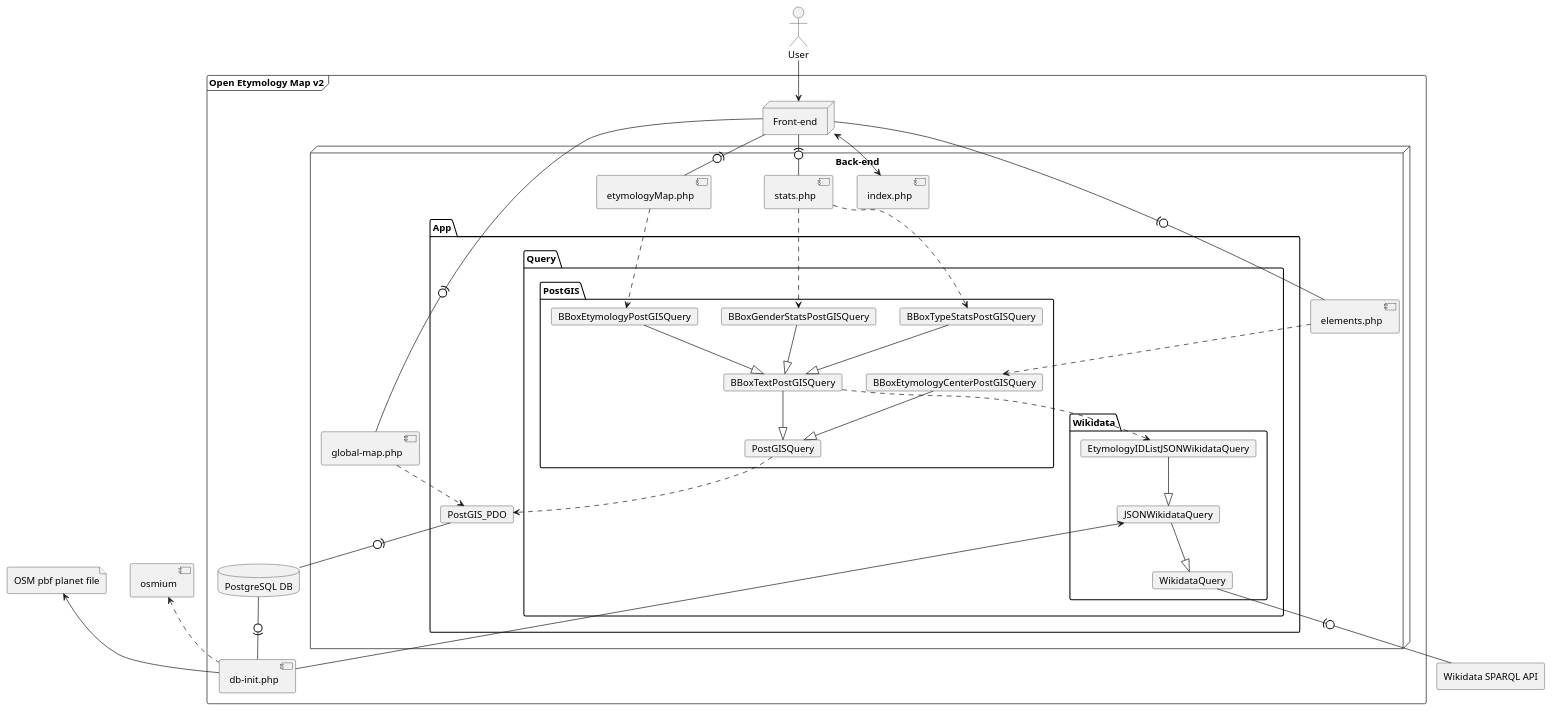
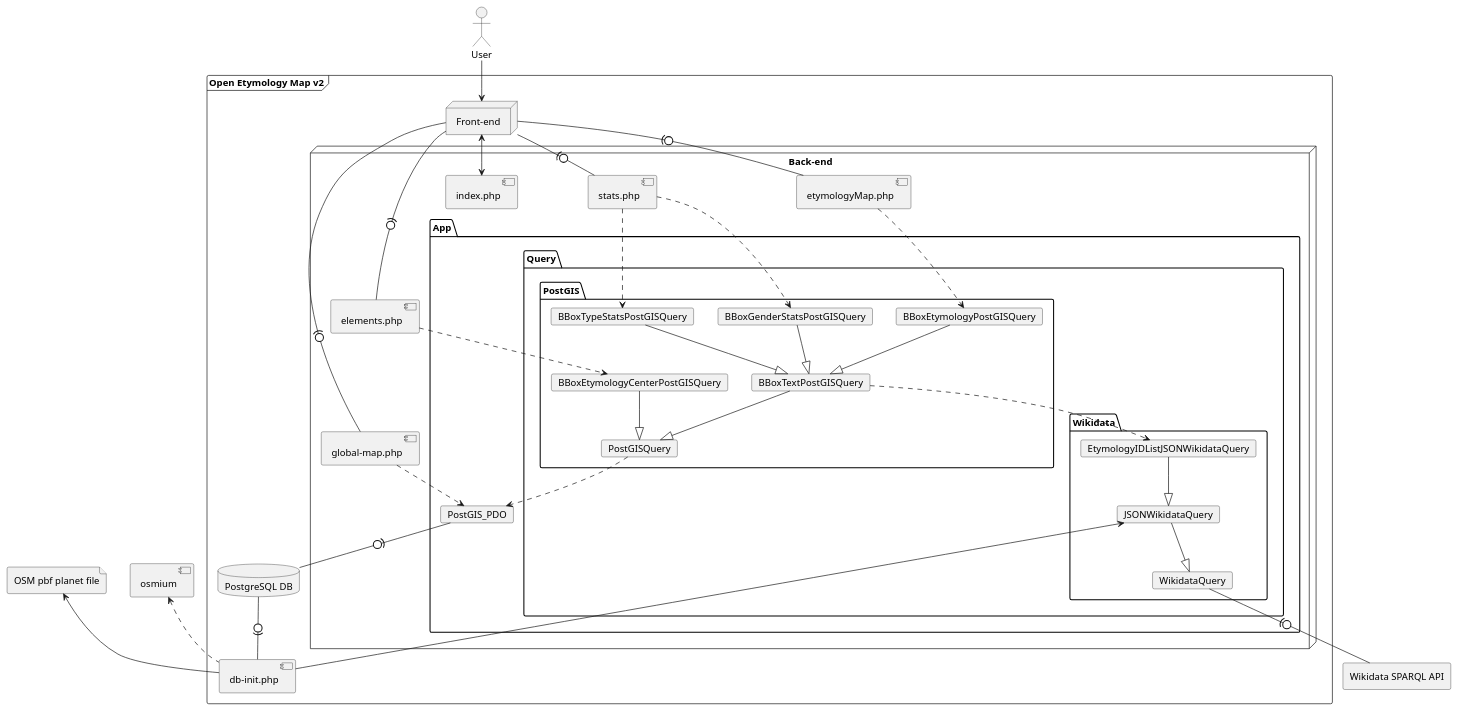
Before and after one commit to Danysan1/osm-wikidata-map-framework: the fifth of 6 diagrams in CONTRIBUTING.md, drawn with PlantUML. The commit also changed other lines of this file, not shown here.

````diff
--- a/CONTRIBUTING.md
+++ b/CONTRIBUTING.md
@@ -215,72 +354,76 @@
 ```plantuml
+@startuml
+
 actor user as "User"
 file pbf as "OSM pbf planet file"
 component osmium
 frame oem as "Open Etymology Map v2" {
     database db as "PostgreSQL DB"
     component init as "db-init.php"
     node fe as "Front-end"
     node be as "Back-end" {
         component globalMap as "global-map.php"
+        component elements as "elements.php"
         component etymologyMap as "etymologyMap.php"
-        component elements as "elements.php"
         component stats as "stats.php"
         component index as "index.php"
         package App {
             card PostGIS_PDO
             package Query {
                 package PostGIS {
                     card BBoxEtymologyPostGISQuery
                     card BBoxGenderStatsPostGISQuery
                     card BBoxTypeStatsPostGISQuery
                     card BBoxEtymologyCenterPostGISQuery
                     card BBoxTextPostGISQuery
                     card PostGISQuery
                 }
                 package Wikidata {
                     card EtymologyIDListJSONWikidataQuery
                     card JSONWikidataQuery
                     card WikidataQuery
                 }
             }
         }
     }
 }
 agent wikidata as "Wikidata SPARQL API"
 
 index <--> fe
 
 user --> fe
 
 fe -(0- globalMap
 fe -(0- etymologyMap
 fe -(0- elements
 fe -(0- stats
 
 
 etymologyMap ..> BBoxEtymologyPostGISQuery
 stats ..> BBoxGenderStatsPostGISQuery
 stats ..> BBoxTypeStatsPostGISQuery
 elements ..> BBoxEtymologyCenterPostGISQuery
 
 BBoxTextPostGISQuery --|> PostGISQuery
 BBoxEtymologyPostGISQuery --|> BBoxTextPostGISQuery
 BBoxGenderStatsPostGISQuery --|> BBoxTextPostGISQuery
 BBoxTypeStatsPostGISQuery --|> BBoxTextPostGISQuery
 BBoxEtymologyCenterPostGISQuery --|> PostGISQuery
 
 EtymologyIDListJSONWikidataQuery --|> JSONWikidataQuery
 JSONWikidataQuery --|> WikidataQuery
 
 globalMap ..> PostGIS_PDO
 PostGISQuery ..> PostGIS_PDO
 PostGIS_PDO -(0- db
 BBoxTextPostGISQuery ..> EtymologyIDListJSONWikidataQuery
 
 WikidataQuery -(0- wikidata
 
 db -0)- init
 osmium <.. init
 pbf <-- init
 JSONWikidataQuery <-- init
+
+@enduml
 ```
````
